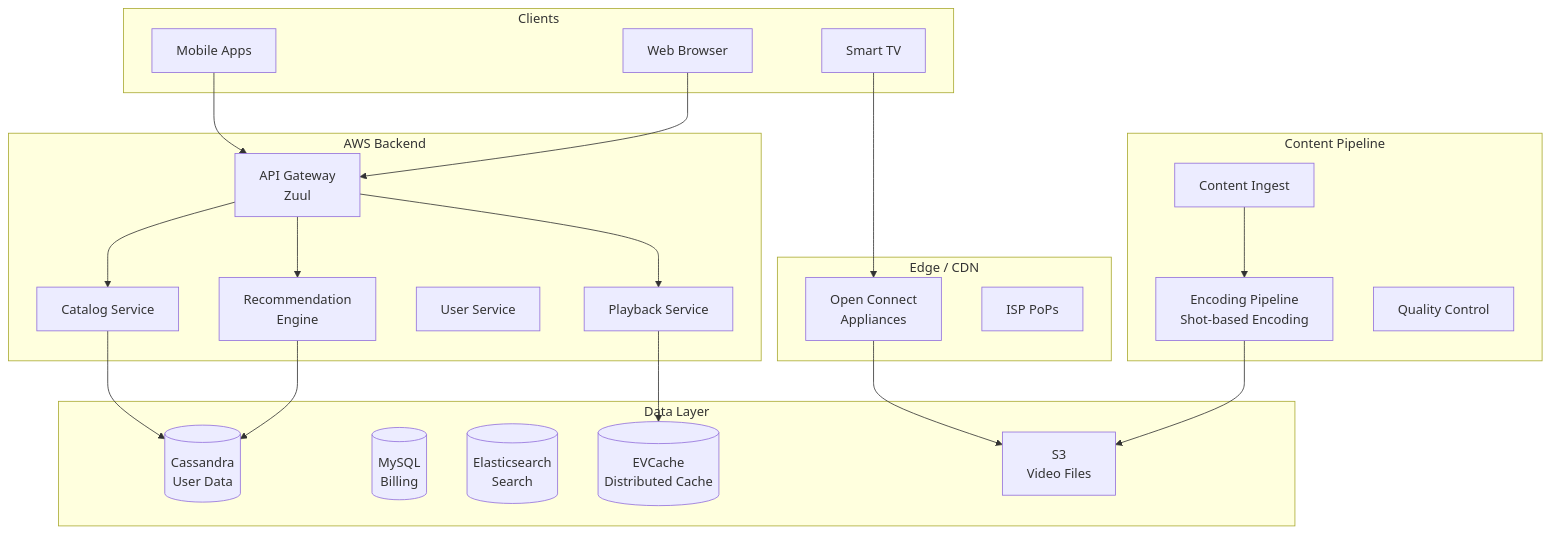
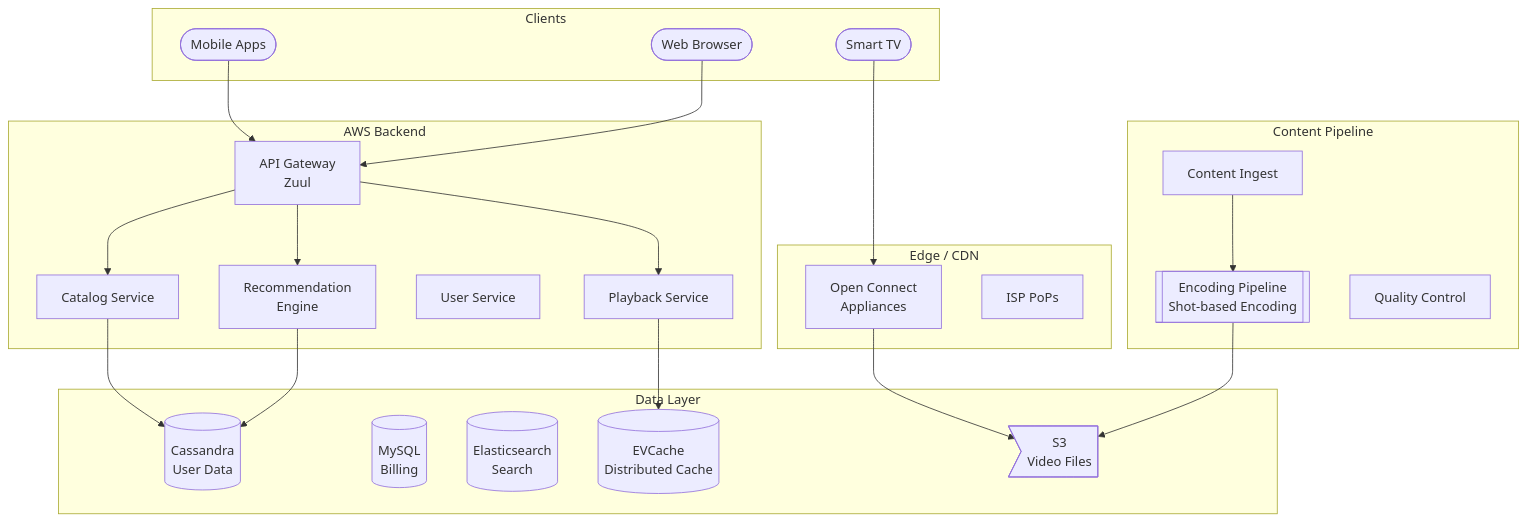
Before and after one commit to ShanmugaGanesh1999/Portfolio: the diagram in docs/prep/System Design/06-Case-Studies/02-netflix.md, drawn with Mermaid. The commit also changed 40 other files, not shown here.

First line of the commit message:
Refactor diagram node rendering to use reusable shape components

````diff
--- a/docs/prep/System Design/06-Case-Studies/02-netflix.md
+++ b/docs/prep/System Design/06-Case-Studies/02-netflix.md
@@ -50,48 +50,48 @@
 ```mermaid
 graph TD
     subgraph Clients
-        TV[Smart TV]
-        MOBILE[Mobile Apps]
-        WEB[Web Browser]
+        TV([Smart TV])
+        MOBILE([Mobile Apps])
+        WEB([Web Browser])
     end
     
     subgraph Edge / CDN
         OCA[Open Connect<br/>Appliances]
         ISP[ISP PoPs]
     end
     
     subgraph AWS Backend
         API[API Gateway<br/>Zuul]
         PLAYBACK[Playback Service]
         CATALOG[Catalog Service]
         USER[User Service]
         REC[Recommendation<br/>Engine]
     end
     
     subgraph Data Layer
         CASSANDRA[(Cassandra<br/>User Data)]
         MYSQL[(MySQL<br/>Billing)]
         ES[(Elasticsearch<br/>Search)]
         EVS[(EVCache<br/>Distributed Cache)]
-        S3[S3<br/>Video Files]
+        S3>S3<br/>Video Files]
     end
     
     subgraph Content Pipeline
         INGEST[Content Ingest]
-        ENCODE[Encoding Pipeline<br/>Shot-based Encoding]
+        ENCODE[[Encoding Pipeline<br/>Shot-based Encoding]]
         QC[Quality Control]
     end
     
     TV --> OCA
     MOBILE --> API
     WEB --> API
     OCA --> S3
     API --> PLAYBACK
     API --> CATALOG
     API --> REC
     PLAYBACK --> EVS
     CATALOG --> CASSANDRA
     REC --> CASSANDRA
     INGEST --> ENCODE
     ENCODE --> S3
 ```
````
